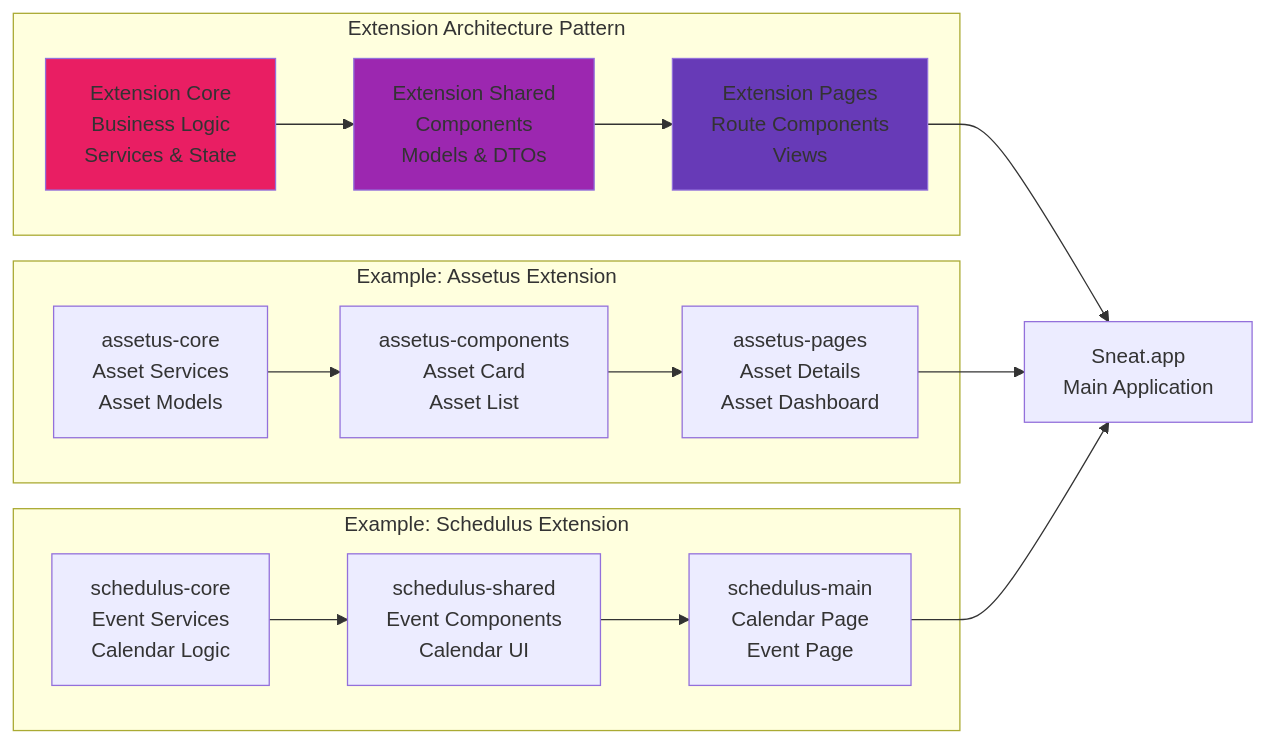
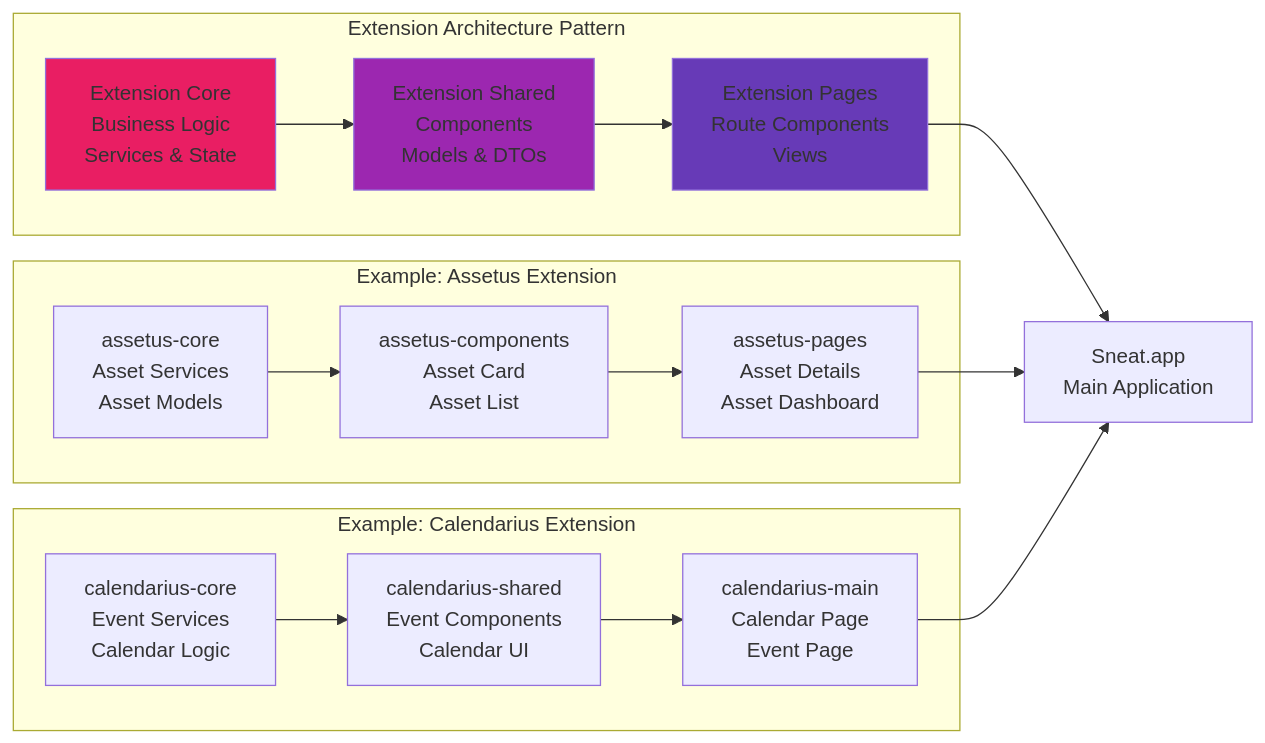
One commit to sneat-co/sneat-apps changed the third of 6 diagrams in docs/ARCHITECTURE.md. Above: the diagram before and after it, drawn with Mermaid. The commit also changed other lines of this file and 34 other files, not shown here.

First line of the commit message:
refactor(calendarius): repoint app wiring from schedulus -> calendarius (#3416)

````diff
--- a/docs/ARCHITECTURE.md
+++ b/docs/ARCHITECTURE.md
@@ -199,37 +199,37 @@
 ```mermaid
 graph LR
     subgraph "Extension Architecture Pattern"
         ExtCore["Extension Core<br/>Business Logic<br/>Services & State"]
         ExtShared["Extension Shared<br/>Components<br/>Models & DTOs"]
         ExtPages["Extension Pages<br/>Route Components<br/>Views"]
     end
 
     subgraph "Example: Assetus Extension"
         AssetusCore["assetus-core<br/>Asset Services<br/>Asset Models"]
         AssetusComp["assetus-components<br/>Asset Card<br/>Asset List"]
         AssetusPages["assetus-pages<br/>Asset Details<br/>Asset Dashboard"]
     end
 
-    subgraph "Example: Schedulus Extension"
-        SchedulusCore["schedulus-core<br/>Event Services<br/>Calendar Logic"]
-        SchedulusShared["schedulus-shared<br/>Event Components<br/>Calendar UI"]
-        SchedulusMain["schedulus-main<br/>Calendar Page<br/>Event Page"]
+    subgraph "Example: Calendarius Extension"
+        CalendariusCore["calendarius-core<br/>Event Services<br/>Calendar Logic"]
+        CalendariusShared["calendarius-shared<br/>Event Components<br/>Calendar UI"]
+        CalendariusMain["calendarius-main<br/>Calendar Page<br/>Event Page"]
     end
 
     ExtCore --> ExtShared
     ExtShared --> ExtPages
 
     AssetusCore --> AssetusComp
     AssetusComp --> AssetusPages
 
-    SchedulusCore --> SchedulusShared
-    SchedulusShared --> SchedulusMain
+    CalendariusCore --> CalendariusShared
+    CalendariusShared --> CalendariusMain
 
     ExtPages --> App["Sneat.app<br/>Main Application"]
     AssetusPages --> App
-    SchedulusMain --> App
+    CalendariusMain --> App
 
     style ExtCore fill:#E91E63
     style ExtShared fill:#9C27B0
     style ExtPages fill:#673AB7
 ```
````
